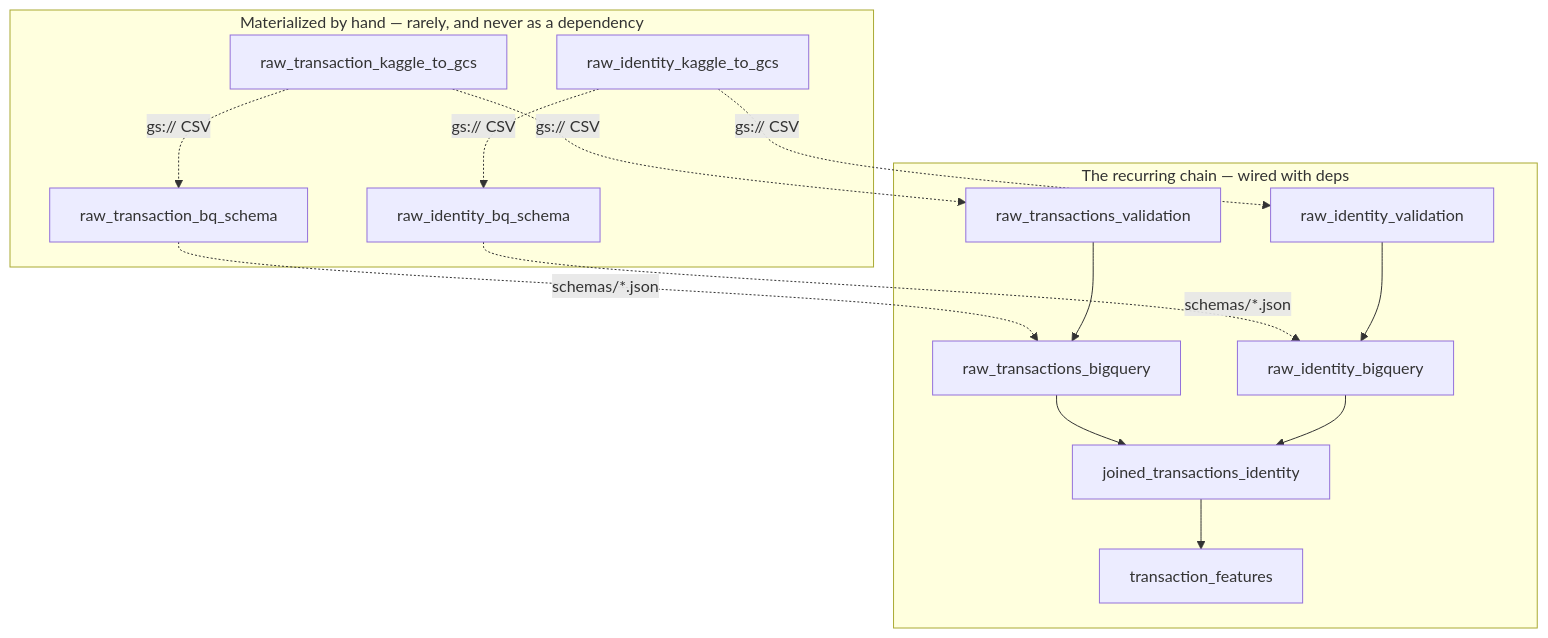
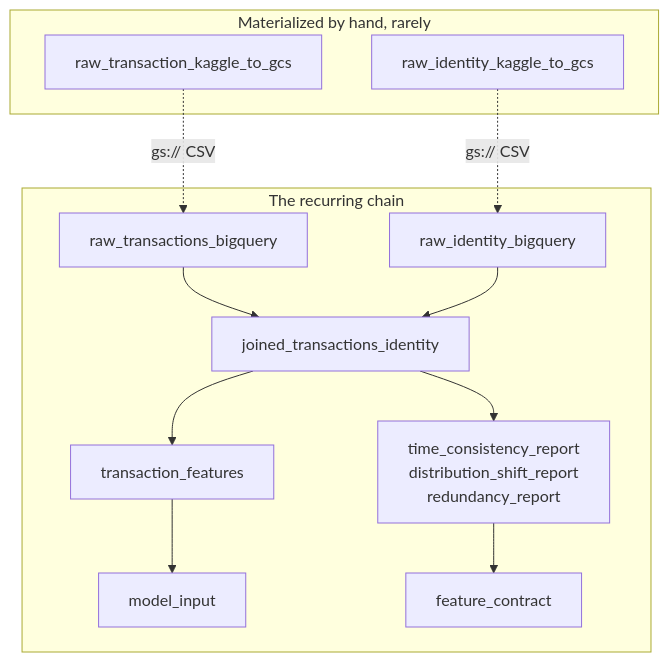
Before and after one commit to jjabuk/fraud-detection-mlops: the diagram in docs/setup.md, drawn with Mermaid. The commit also changed other lines of this file and 14 other files, not shown here.

````diff
--- a/docs/setup.md
+++ b/docs/setup.md
@@ -185,29 +160,24 @@
 ```mermaid
 graph TD
-    subgraph MANUAL["Materialized by hand — rarely, and never as a dependency"]
+    subgraph MANUAL["Materialized by hand, rarely"]
         K_TXN[raw_transaction_kaggle_to_gcs]
         K_ID[raw_identity_kaggle_to_gcs]
-        S_TXN[raw_transaction_bq_schema]
-        S_ID[raw_identity_bq_schema]
     end
 
-    subgraph CHAIN["The recurring chain — wired with deps"]
-        V_TXN[raw_transactions_validation]
-        V_ID[raw_identity_validation]
+    subgraph CHAIN["The recurring chain"]
         B_TXN[raw_transactions_bigquery]
         B_ID[raw_identity_bigquery]
         JOIN[joined_transactions_identity]
         FEAT[transaction_features]
+        MI[model_input]
+        AUD[time_consistency_report<br/>distribution_shift_report<br/>redundancy_report]
+        FC[feature_contract]
     end
 
-    K_TXN -.->|"gs:// CSV"| S_TXN
-    K_ID -.->|"gs:// CSV"| S_ID
-    K_TXN -.->|"gs:// CSV"| V_TXN
-    K_ID -.->|"gs:// CSV"| V_ID
-    S_TXN -.->|"schemas/*.json"| B_TXN
-    S_ID -.->|"schemas/*.json"| B_ID
-
-    V_TXN --> B_TXN --> JOIN
-    V_ID --> B_ID --> JOIN
-    JOIN --> FEAT
+    K_TXN -.->|gs:// CSV| B_TXN
+    K_ID -.->|gs:// CSV| B_ID
+    B_TXN --> JOIN
+    B_ID --> JOIN
+    JOIN --> FEAT --> MI
+    JOIN --> AUD --> FC
 ```
````
